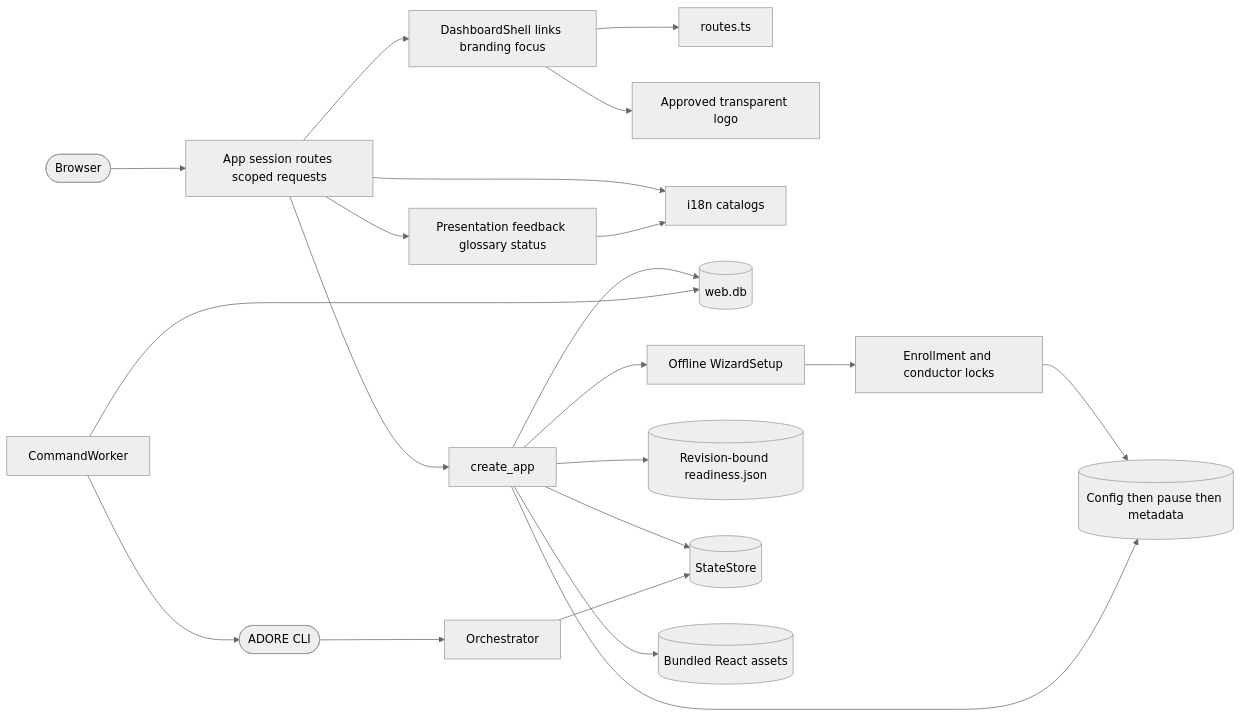
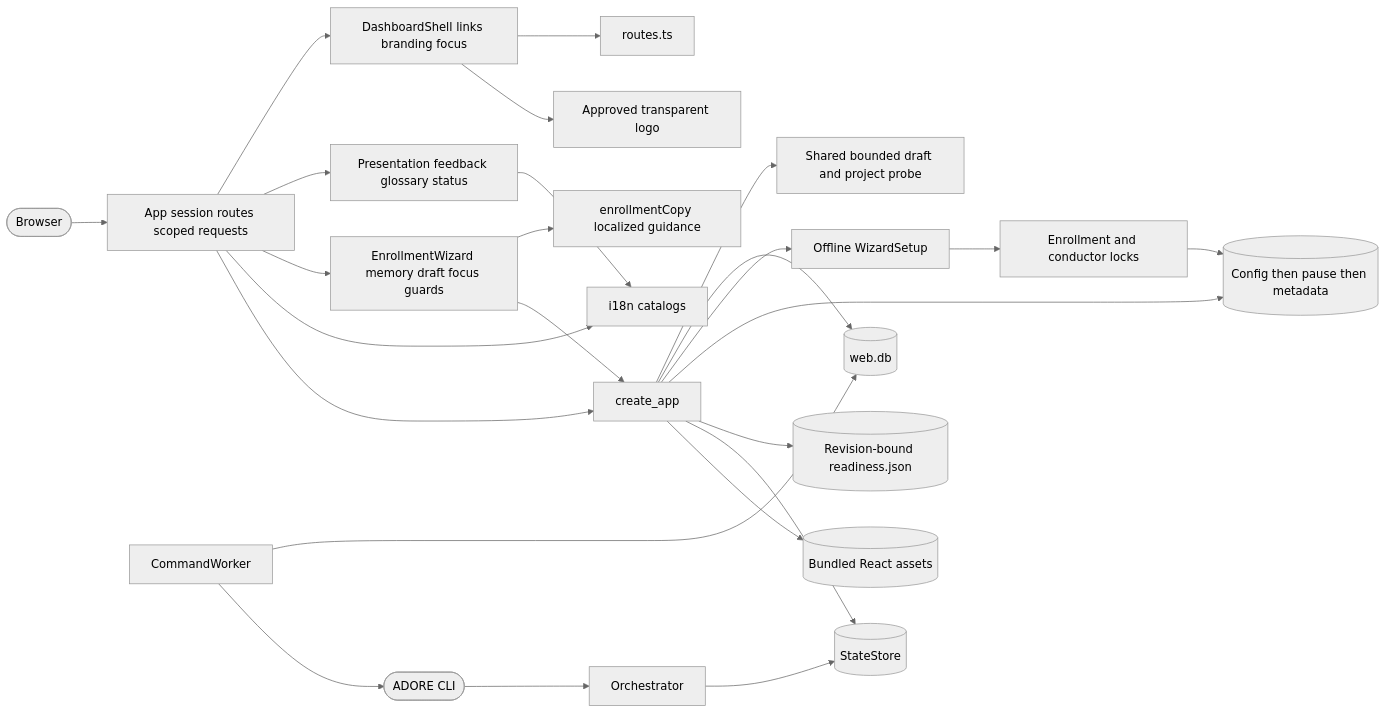
One commit to DDP-Engineering/AgenticDeliveryOrchestratorRuntimeEngine changed the diagram in .agentic/knowledge/web-interface.md. Above: the diagram before and after it, drawn with Mermaid (neutral theme). The commit also changed other lines of this file and 33 other files, not shown here.

First line of the commit message:
feat(web): deliver guided project enrollment (#7)

````diff
--- a/.agentic/knowledge/web-interface.md
+++ b/.agentic/knowledge/web-interface.md
@@ -282,23 +298,27 @@
 ```mermaid
 flowchart LR
     browser([Browser]) --> App[App session routes scoped requests]
     App --> DashboardShell[DashboardShell links branding focus]
     App --> Presentation[Presentation feedback glossary status]
+    App --> EnrollmentWizard[EnrollmentWizard memory draft focus guards]
+    EnrollmentWizard --> enrollmentCopy[enrollmentCopy localized guidance]
+    EnrollmentWizard --> api
+    api --> draftProbe[Shared bounded draft and project probe]
     DashboardShell --> routes[routes.ts]
     DashboardShell --> logo[Approved transparent logo]
     App --> i18n[i18n catalogs]
     Presentation --> i18n
     App --> api[create_app]
     api --> identity[(web.db)]
     api --> preparation[Offline WizardSetup]
     preparation --> publication[Enrollment and conductor locks]
     publication --> profiles[(Config then pause then metadata)]
     api --> profiles
     api --> verification[(Revision-bound readiness.json)]
     api --> state[(StateStore)]
     api --> assets[(Bundled React assets)]
     worker[CommandWorker] --> identity
     worker --> cli([ADORE CLI])
     cli --> conductor[Orchestrator]
     conductor --> state
 ```
````
